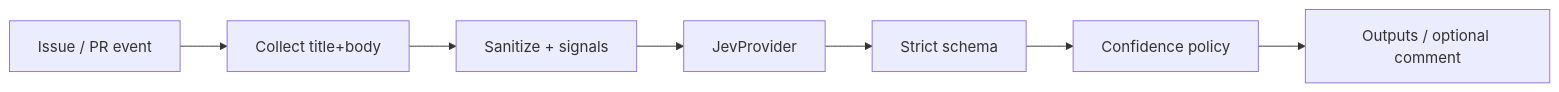
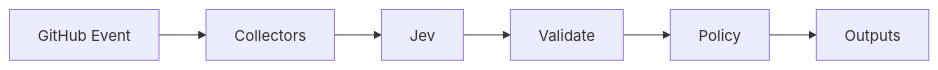
One commit to JevForge/jev-model-navigator changed the diagram in README.md. Above: the diagram before and after it, drawn with Mermaid. The commit also changed other lines of this file and 45 other files, not shown here.

````diff
--- a/README.md
+++ b/README.md
@@ -50,9 +51,8 @@
 ```mermaid
 flowchart LR
-  A[Issue / PR event] --> B[Collect title+body]
-  B --> C[Sanitize + signals]
-  C --> D[JevProvider]
-  D --> E[Strict schema]
-  E --> F[Confidence policy]
-  F --> G[Outputs / optional comment]
+  A[GitHub Event] --> B[Collectors]
+  B --> C[Jev]
+  C --> D[Validate]
+  D --> E[Policy]
+  E --> F[Outputs]
 ```
````
